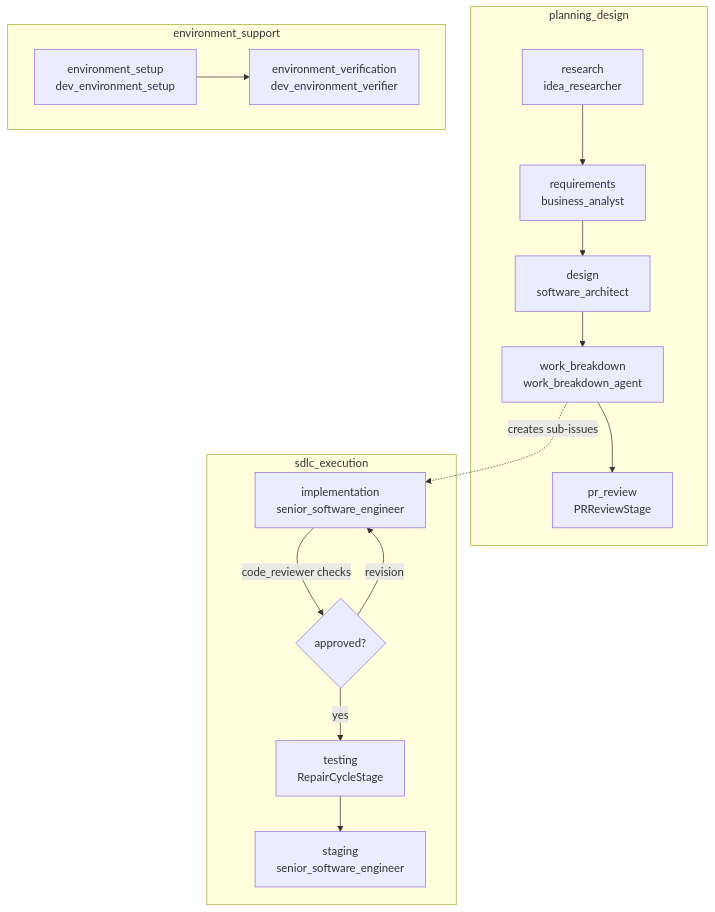
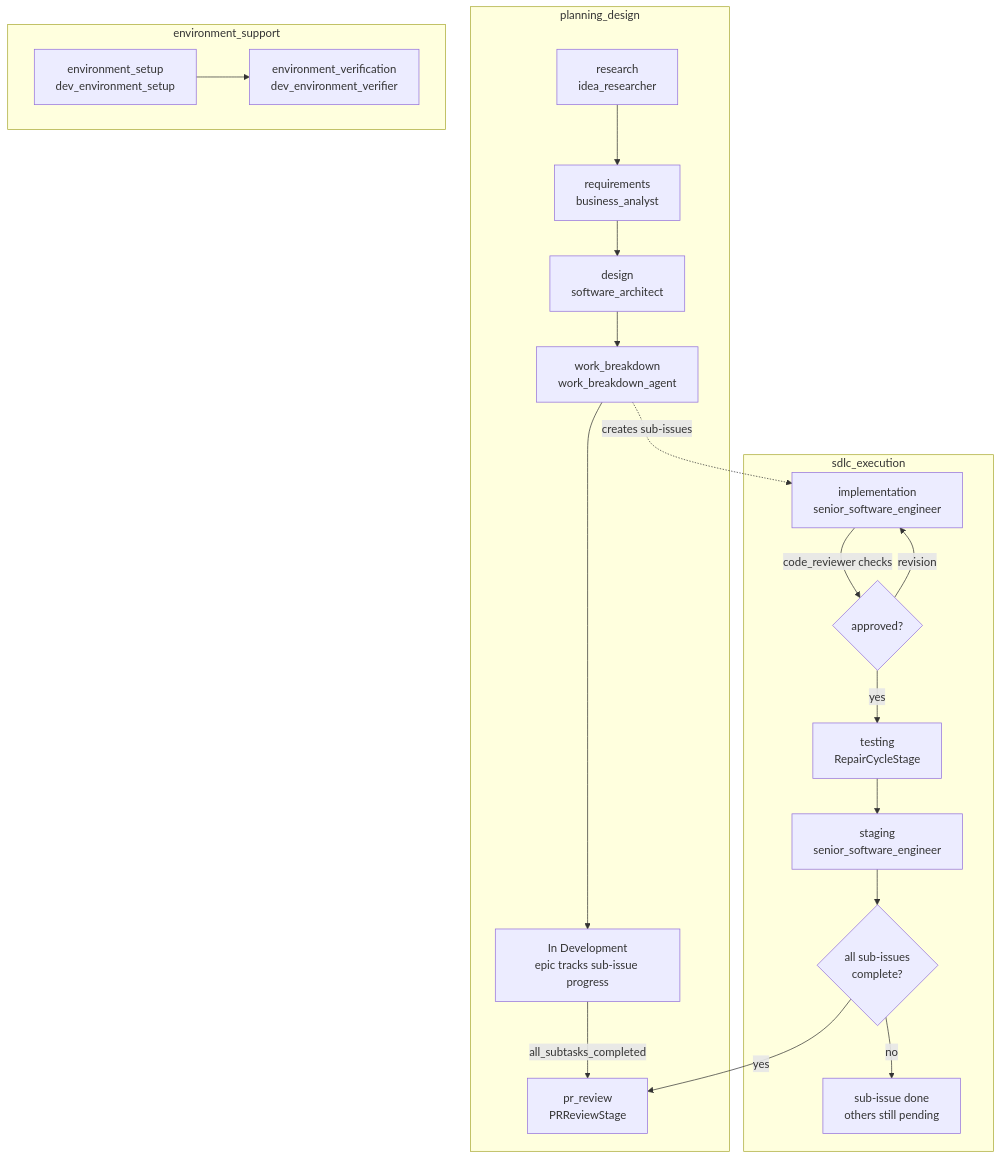
One commit to tinkermonkey/switchyard changed the first of 5 diagrams in documentation/pipeline-architecture.md. Above: the diagram before and after it, drawn with Mermaid. The commit also changed other lines of this file and 5 other files, not shown here.

First line of the commit message:
docs: add mermaid architecture diagrams and fix line break syntax

````diff
--- a/documentation/pipeline-architecture.md
+++ b/documentation/pipeline-architecture.md
@@ -19,29 +19,35 @@
 ```mermaid
 graph TD
     subgraph planning_design
-        PD1[research\nidea_researcher]
-        PD2[requirements\nbusiness_analyst]
-        PD3[design\nsoftware_architect]
-        PD4[work_breakdown\nwork_breakdown_agent]
-        PD5[pr_review\nPRReviewStage]
-        PD1 --> PD2 --> PD3 --> PD4 --> PD5
+        PD1[research<br>idea_researcher]
+        PD2[requirements<br>business_analyst]
+        PD3[design<br>software_architect]
+        PD4[work_breakdown<br>work_breakdown_agent]
+        PD_DEV["In Development<br>epic tracks sub-issue progress"]
+        PD5[pr_review<br>PRReviewStage]
+        PD1 --> PD2 --> PD3 --> PD4 --> PD_DEV
+        PD_DEV -->|all_subtasks_completed| PD5
     end
 
     subgraph sdlc_execution
-        SE1[implementation\nsenior_software_engineer]
-        SE2[testing\nRepairCycleStage]
-        SE3[staging\nsenior_software_engineer]
+        SE1[implementation<br>senior_software_engineer]
+        SE2[testing<br>RepairCycleStage]
+        SE3[staging<br>senior_software_engineer]
+        SE_CHECK{all sub-issues<br>complete?}
         SE1 -->|code_reviewer checks| SE1R{approved?}
         SE1R -->|yes| SE2
         SE1R -->|revision| SE1
         SE2 --> SE3
+        SE3 --> SE_CHECK
+        SE_CHECK -->|no| SE_WAIT[sub-issue done<br>others still pending]
     end
 
     subgraph environment_support
-        ES1[environment_setup\ndev_environment_setup]
-        ES2[environment_verification\ndev_environment_verifier]
+        ES1[environment_setup<br>dev_environment_setup]
+        ES2[environment_verification<br>dev_environment_verifier]
         ES1 --> ES2
     end
 
     PD4 -.->|creates sub-issues| SE1
+    SE_CHECK -->|yes| PD5
 ```
````
